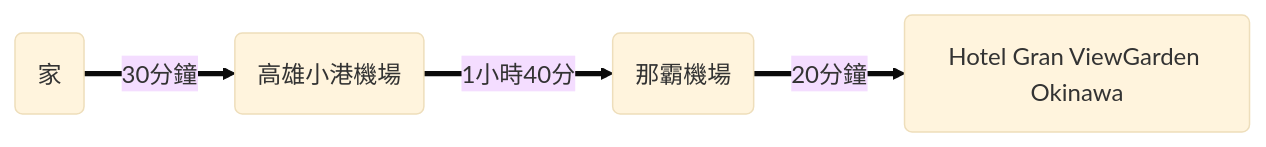
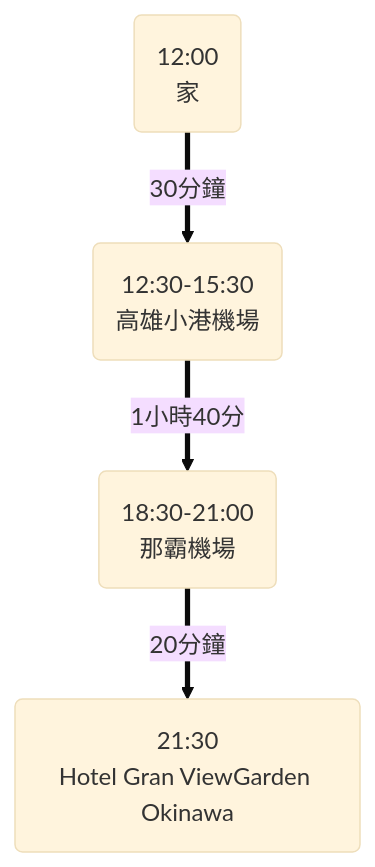
The seventh of 12 diagrams in docs/blog/posts/okinawa/okinawa-2024-12/okinawa-2024-12.md (wilder640/trip), drawn with Mermaid (base theme) before and after one commit. The commit also changed other lines of this file and 5 other files, not shown here.

````diff
--- a/docs/blog/posts/okinawa/okinawa-2024-12/okinawa-2024-12.md
+++ b/docs/blog/posts/okinawa/okinawa-2024-12/okinawa-2024-12.md
@@ -64,4 +63,4 @@
 ``` mermaid
-graph LR
-A(家) == 30分鐘 ==> B(高雄小港機場) == 1小時40分 ==> C(那霸機場) == 20分鐘 ==> E(Hotel Gran ViewGarden Okinawa)
+graph TD
+    A(12:00<br>家) == 30分鐘 ==> B(12:30-15:30<br>高雄小港機場) == 1小時40分 ==> C(18:30-21:00<br>那霸機場) == 20分鐘 ==> E(21:30<br>Hotel Gran ViewGarden Okinawa)
 ```
````
